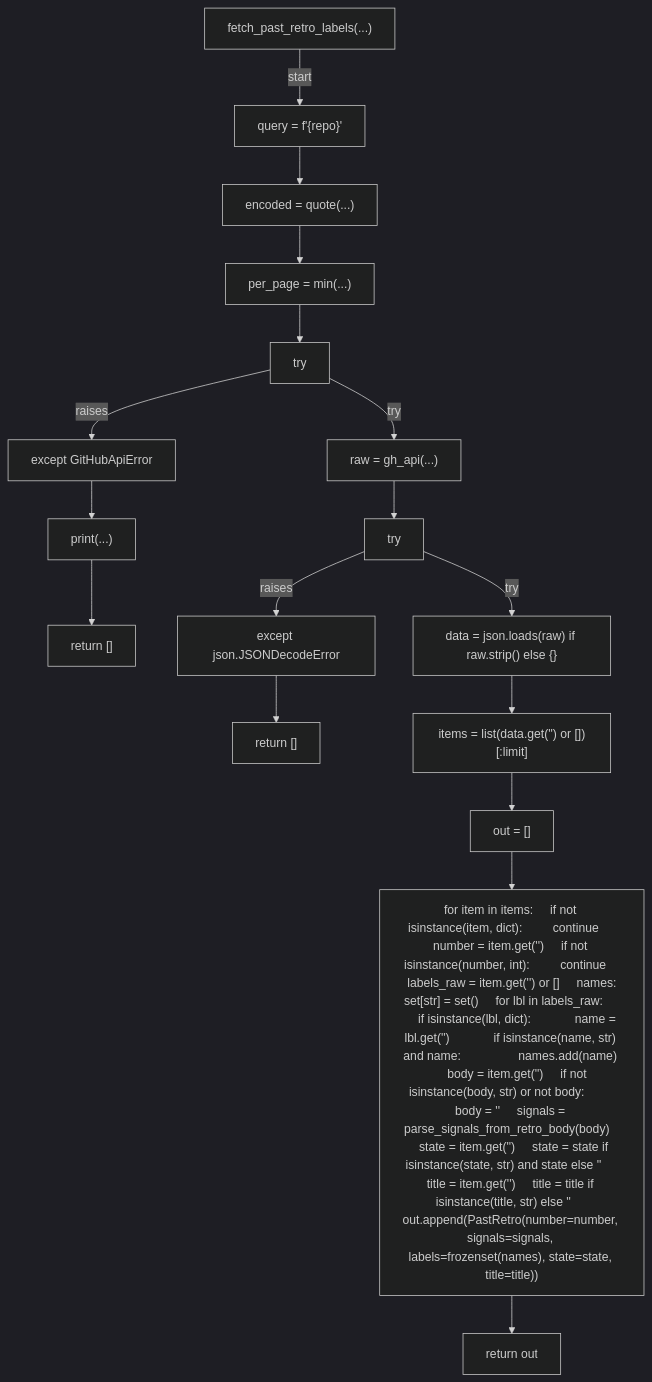
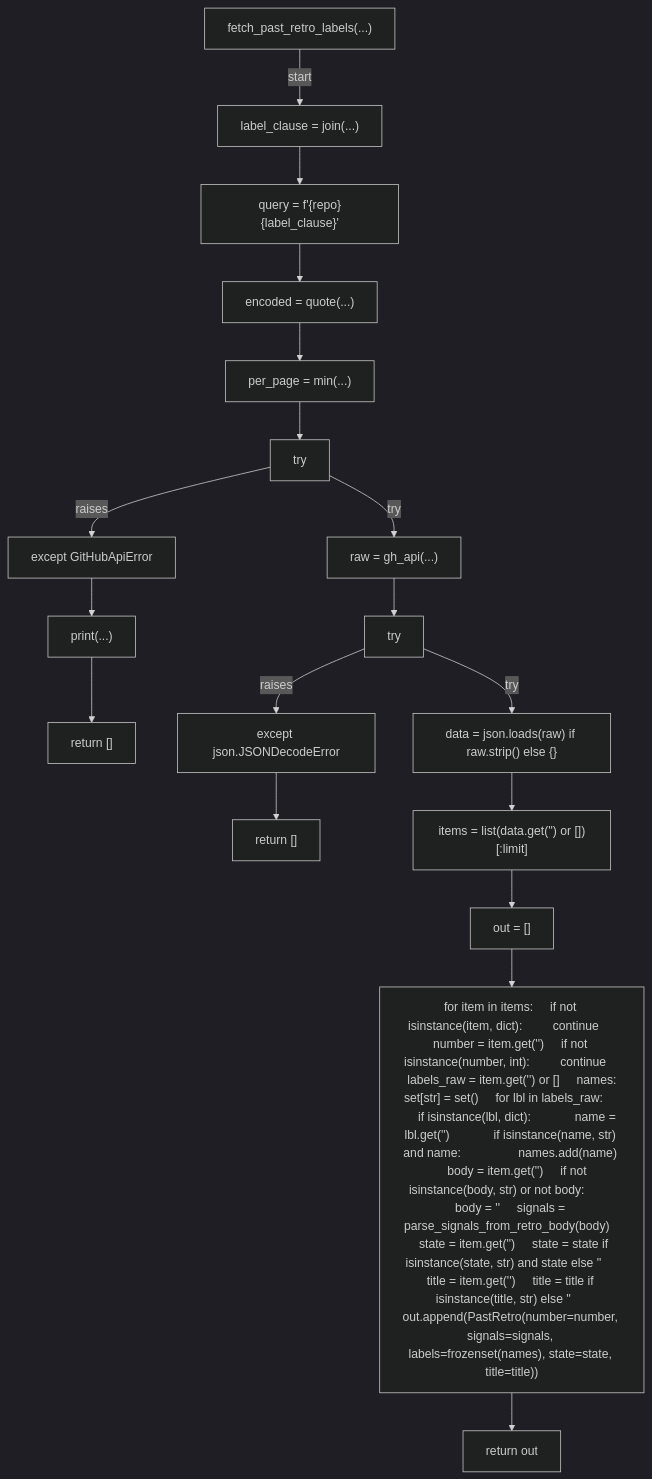
Diagram 13 of 55 in docs/generated/scripts/ast/auto_retro.md (tvna/claude-md), drawn with Mermaid (dark theme) before and after one commit. The commit also changed other lines of this file and 2 other files, not shown here.

First line of the commit message:
docs(generated): regenerate decision tree and workflow diagrams

````diff
--- a/docs/generated/scripts/ast/auto_retro.md
+++ b/docs/generated/scripts/ast/auto_retro.md
@@ -146,36 +195,38 @@
 ```mermaid
 flowchart TD
     N001["fetch_past_retro_labels(...)"]
-    N002["query = f'<str>{repo}<str>'"]
-    N003["encoded = quote(...)"]
-    N004["per_page = min(...)"]
-    N005["try"]
-    N006["raw = gh_api(...)"]
-    N007["except GitHubApiError"]
-    N008["print(...)"]
-    N009["return []"]
-    N010["try"]
-    N011["data = json.loads(raw) if raw.strip() else {}"]
-    N012["except json.JSONDecodeError"]
-    N013["return []"]
-    N014["items = list(data.get('<str>') or [])[:limit]"]
-    N015["out = []"]
-    N016["for item in items:     if not isinstance(item, dict):         continue     number = item.get('<str>')     if not isinstance(number, int):         continue     labels_raw = item.get('<str>') or []     names: set[str] = set()     for lbl in labels_raw:         if isinstance(lbl, dict):             name = lbl.get('<str>')             if isinstance(name, str) and name:                 names.add(name)     body = item.get('<str>')     if not isinstance(body, str) or not body:         body = '<str>'     signals = parse_signals_from_retro_body(body)     state = item.get('<str>')     state = state if isinstance(state, str) and state else '<str>'     title = item.get('<str>')     title = title if isinstance(title, str) else '<str>'     out.append(PastRetro(number=number, signals=signals, labels=frozenset(names), state=state, title=title))"]
-    N017["return out"]
+    N002["label_clause = join(...)"]
+    N003["query = f'<str>{repo}<str>{label_clause}<str>'"]
+    N004["encoded = quote(...)"]
+    N005["per_page = min(...)"]
+    N006["try"]
+    N007["raw = gh_api(...)"]
+    N008["except GitHubApiError"]
+    N009["print(...)"]
+    N010["return []"]
+    N011["try"]
+    N012["data = json.loads(raw) if raw.strip() else {}"]
+    N013["except json.JSONDecodeError"]
+    N014["return []"]
+    N015["items = list(data.get('<str>') or [])[:limit]"]
+    N016["out = []"]
+    N017["for item in items:     if not isinstance(item, dict):         continue     number = item.get('<str>')     if not isinstance(number, int):         continue     labels_raw = item.get('<str>') or []     names: set[str] = set()     for lbl in labels_raw:         if isinstance(lbl, dict):             name = lbl.get('<str>')             if isinstance(name, str) and name:                 names.add(name)     body = item.get('<str>')     if not isinstance(body, str) or not body:         body = '<str>'     signals = parse_signals_from_retro_body(body)     state = item.get('<str>')     state = state if isinstance(state, str) and state else '<str>'     title = item.get('<str>')     title = title if isinstance(title, str) else '<str>'     out.append(PastRetro(number=number, signals=signals, labels=frozenset(names), state=state, title=title))"]
+    N018["return out"]
     N001 -->|"start"| N002
     N002 --> N003
     N003 --> N004
     N004 --> N005
-    N005 -->|"try"| N006
-    N005 -->|"raises"| N007
-    N007 --> N008
+    N005 --> N006
+    N006 -->|"try"| N007
+    N006 -->|"raises"| N008
     N008 --> N009
-    N006 --> N010
-    N010 -->|"try"| N011
-    N010 -->|"raises"| N012
-    N012 --> N013
-    N011 --> N014
-    N014 --> N015
+    N009 --> N010
+    N007 --> N011
+    N011 -->|"try"| N012
+    N011 -->|"raises"| N013
+    N013 --> N014
+    N012 --> N015
     N015 --> N016
     N016 --> N017
+    N017 --> N018
 ```
````
